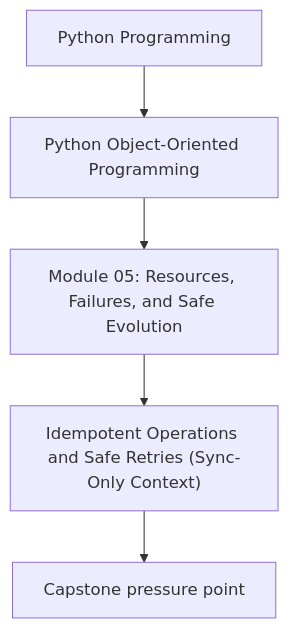
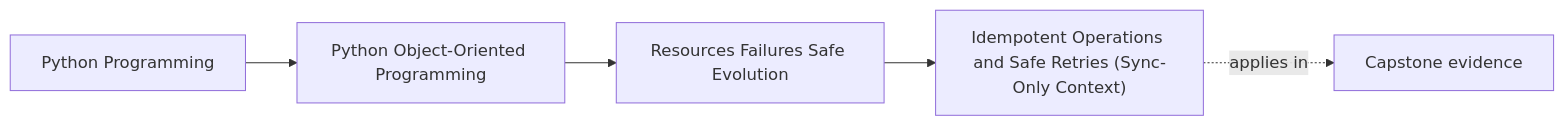
One commit to bijux/bijux-masterclass changed the first of 2 diagrams in programs/python-programming/python-object-oriented-programming/course-book/module-05-resources-failures-safe-evolution/idempotent-operations-and-safe-retries.md. Above: the diagram before and after it, drawn with Mermaid. The commit also changed other lines of this file and 103 other files, not shown here.

Commit message:
docs(python-object-oriented-programming): map sustainment and capstone surfaces

````diff
--- a/programs/python-programming/python-object-oriented-programming/course-book/module-05-resources-failures-safe-evolution/idempotent-operations-and-safe-retries.md
+++ b/programs/python-programming/python-object-oriented-programming/course-book/module-05-resources-failures-safe-evolution/idempotent-operations-and-safe-retries.md
@@ -7,7 +7,11 @@
 ```mermaid
-flowchart TD
-  family["Python Programming"] --> program["Python Object-Oriented Programming"]
-  program --> module["Module 05: Resources, Failures, and Safe Evolution"]
-  module --> concept["Idempotent Operations and Safe Retries (Sync-Only Context)"]
-  concept --> capstone["Capstone pressure point"]
+graph LR
+  family["Python Programming"]
+  program["Python Object-Oriented Programming"]
+  section["Resources Failures Safe Evolution"]
+  page["Idempotent Operations and Safe Retries (Sync-Only Context)"]
+  capstone["Capstone evidence"]
+
+  family --> program --> section --> page
+  page -.applies in.-> capstone
 ```
````
